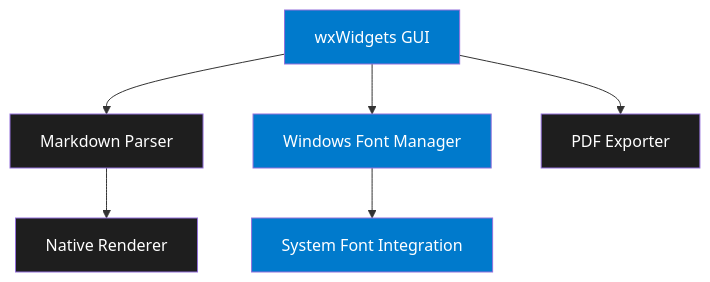
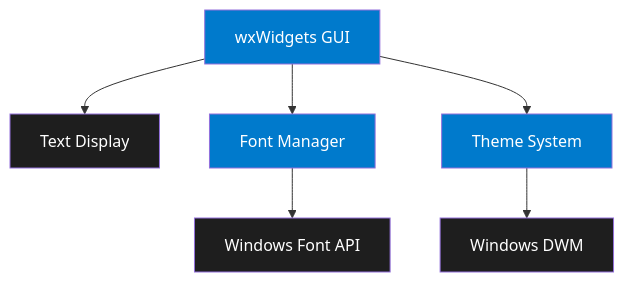
Before and after one commit to mikl0s/MDV: the diagram in README.md, drawn with Mermaid. The commit also changed other lines of this file and 19 other files, not shown here.

````diff
--- a/README.md
+++ b/README.md
@@ -59,14 +39,14 @@
 ```mermaid
 graph TD
-    A[wxWidgets GUI] --> B[Markdown Parser]
-    B --> C[Native Renderer]
-    A --> D[Windows Font Manager]
-    D --> E[System Font Integration]
-    A --> F[PDF Exporter]
+    A[wxWidgets GUI] --> B[Text Display]
+    A --> C[Font Manager]
+    C --> D[Windows Font API]
+    A --> E[Theme System]
+    E --> F[Windows DWM]
     style A fill:#007ACC,color:white
     style B fill:#1E1E1E,color:white
-    style C fill:#1E1E1E,color:white
-    style D fill:#007ACC,color:white
+    style C fill:#007ACC,color:white
+    style D fill:#1E1E1E,color:white
     style E fill:#007ACC,color:white
     style F fill:#1E1E1E,color:white
 ```
````
